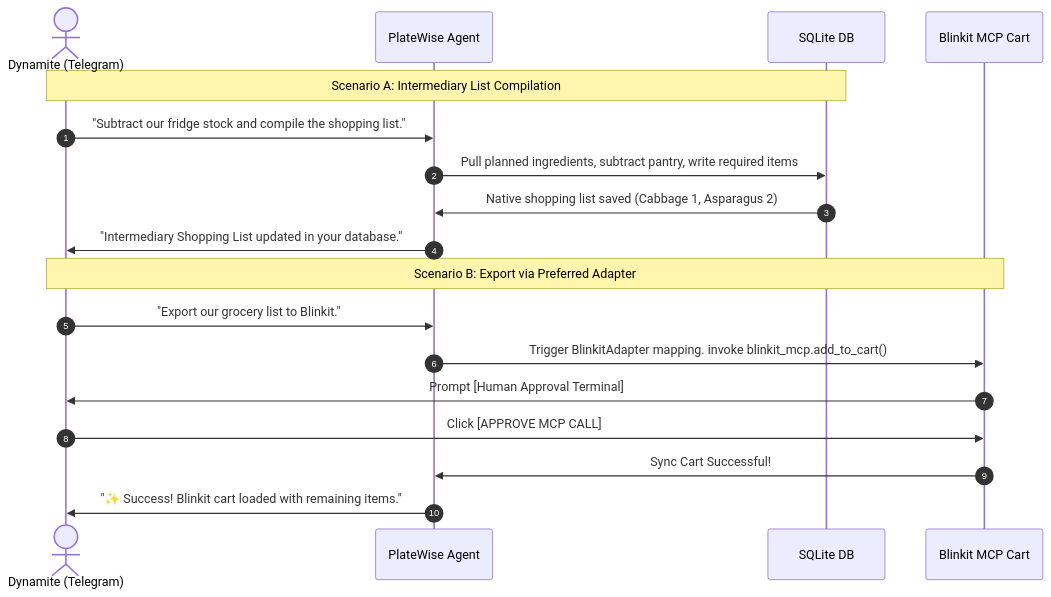
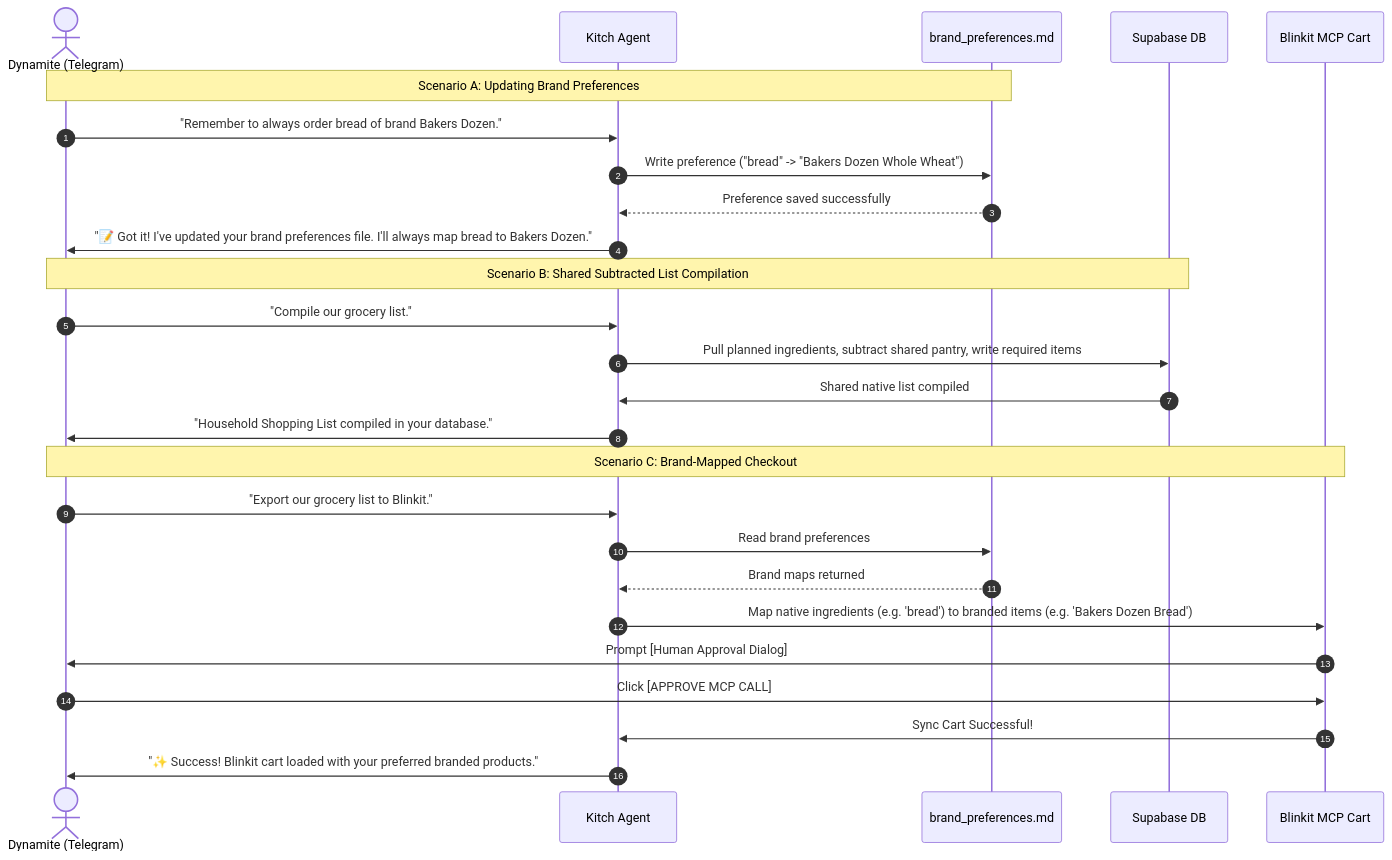
Before and after one commit to architworks/meal_and_grocery_agent: the second of 2 diagrams in vision_and_requirements.md, drawn with Mermaid. The commit also changed other lines of this file and 17 other files, not shown here.

Commit message:
refactor: migrate agent to Google ADK with persistent Supabase integration and live frontend state synchronization

````diff
--- a/vision_and_requirements.md
+++ b/vision_and_requirements.md
@@ -109,22 +120,31 @@
 ```mermaid
 sequenceDiagram
     autonumber
     actor Dynamite as Dynamite (Telegram)
-    participant Agent as PlateWise Agent
-    participant DB as SQLite DB
+    participant Agent as Kitch Agent
+    participant File as brand_preferences.md
+    participant DB as Supabase DB
     participant Blinkit as Blinkit MCP Cart
     
-    Note over Dynamite, DB: Scenario A: Intermediary List Compilation
-    Dynamite->>Agent: "Subtract our fridge stock and compile the shopping list."
-    Agent->>DB: Pull planned ingredients, subtract pantry, write required items
-    DB->>Agent: Native shopping list saved (Cabbage 1, Asparagus 2)
-    Agent->>Dynamite: "Intermediary Shopping List updated in your database."
+    Note over Dynamite, File: Scenario A: Updating Brand Preferences
+    Dynamite->>Agent: "Remember to always order bread of brand Bakers Dozen."
+    Agent->>File: Write preference ("bread" -> "Bakers Dozen Whole Wheat")
+    File-->>Agent: Preference saved successfully
+    Agent->>Dynamite: "📝 Got it! I've updated your brand preferences file. I'll always map bread to Bakers Dozen."
     
-    Note over Dynamite, Blinkit: Scenario B: Export via Preferred Adapter
+    Note over Dynamite, DB: Scenario B: Shared Subtracted List Compilation
+    Dynamite->>Agent: "Compile our grocery list."
+    Agent->>DB: Pull planned ingredients, subtract shared pantry, write required items
+    DB->>Agent: Shared native list compiled
+    Agent->>Dynamite: "Household Shopping List compiled in your database."
+    
+    Note over Dynamite, Blinkit: Scenario C: Brand-Mapped Checkout
     Dynamite->>Agent: "Export our grocery list to Blinkit."
-    Agent->>Blinkit: Trigger BlinkitAdapter mapping. invoke blinkit_mcp.add_to_cart()
-    Blinkit->>Dynamite: Prompt [Human Approval Terminal]
+    Agent->>File: Read brand preferences
+    File-->>Agent: Brand maps returned
+    Agent->>Blinkit: Map native ingredients (e.g. 'bread') to branded items (e.g. 'Bakers Dozen Bread')
+    Blinkit->>Dynamite: Prompt [Human Approval Dialog]
     Dynamite->>Blinkit: Click [APPROVE MCP CALL]
     Blinkit->>Agent: Sync Cart Successful!
-    Agent->>Dynamite: "✨ Success! Blinkit cart loaded with remaining items."
+    Agent->>Dynamite: "✨ Success! Blinkit cart loaded with your preferred branded products."
 ```
````
